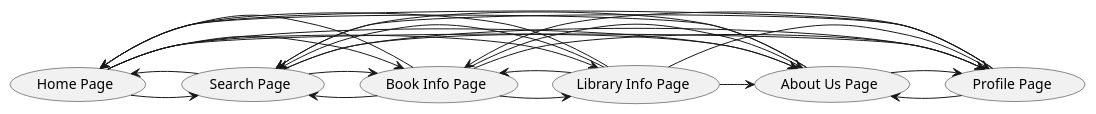
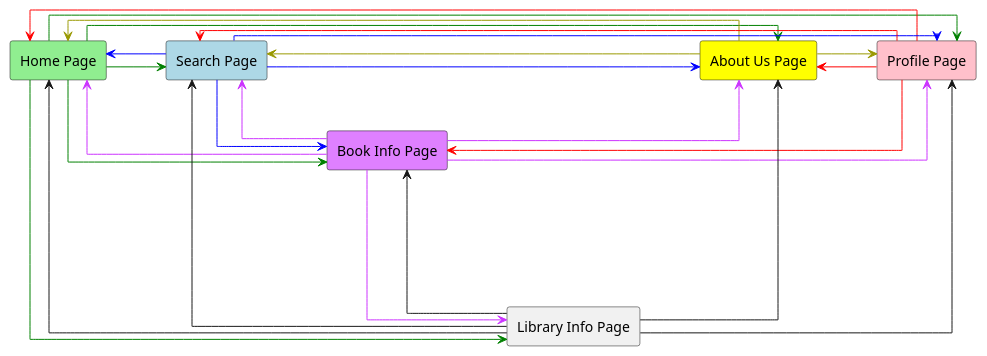
Before and after one commit to nikolasfil/Bilbo: the first of 2 diagrams in docs/report/connections.md, drawn with PlantUML. The commit also changed other lines of this file, not shown here.

Commit message:
route diagrams

````diff
--- a/docs/report/connections.md
+++ b/docs/report/connections.md
@@ -2,49 +3,54 @@
 ```plantuml
+
 @startuml
+skinparam linetype ortho
 
-' skinparam linetype ortho 
+left to right direction
+
+' actor User
+rectangle "Home Page" as Home #LightGreen
+rectangle "Search Page" as Search #LightBlue
+rectangle "Profile Page" as Profile #Pink
+rectangle "About Us Page" as About #Yellow
+rectangle "Book Info Page" as Book #df80ff
+rectangle "Library Info Page" as Library
+
+Home --> Book #Green
+Home --> About #Green
+Home --> Profile #Green
+Home --> Search #Green
+Home --> Library #Green
+
+Search --> Book #Blue
+Search --> About #Blue
+Search --> Profile #Blue
+Search --> Home #Blue
+
+Profile --> Book #Red
+Profile --> Home #Red
+Profile --> About #Red
+Profile --> Search #Red
+
+About --> Home #999900
+About --> Profile #999900
+About --> Search #999900
+
+Library --> Book
+Library --> Home
+Library --> Profile
+Library --> Search
+Library --> About
 
 
-usecase "Home Page" as Home 
-usecase "Search Page" as Search 
-usecase "Profile Page" as Profile 
-usecase "About Us Page" as About 
-usecase "Book Info Page" as Book 
-usecase "Library Info Page" as Library 
+Book --> Library #cc33ff
+Book --> Home #cc33ff
+Book --> Profile #cc33ff
+Book --> Search #cc33ff
+Book --> About #cc33ff
 
 
-Home --right--> Search 
-Home --right--> Profile 
-Home --right--> About 
-Home --right--> Book 
-Home --right--> Library 
-
-Book -right-> Home 
-Book -right-> Search 
-Book -right-> Profile 
-Book -right-> About
-Book -right-> Library
-
-Library -right-> Home 
-Library -right-> Search 
-Library -right-> Profile 
-Library -right-> About
-Library -right-> Book
-
-Search -right-> Home 
-Search -right-> Profile 
-Search -right-> About 
-Search -right-> Book 
 
 
-Profile -right-> Home 
-Profile -right-> Search 
-Profile -right-> About
-Profile -right-> Book
-
-About -right-> Home
-About -right-> Search
-About -right-> Profile
-
+@enduml
 
 ```
````
